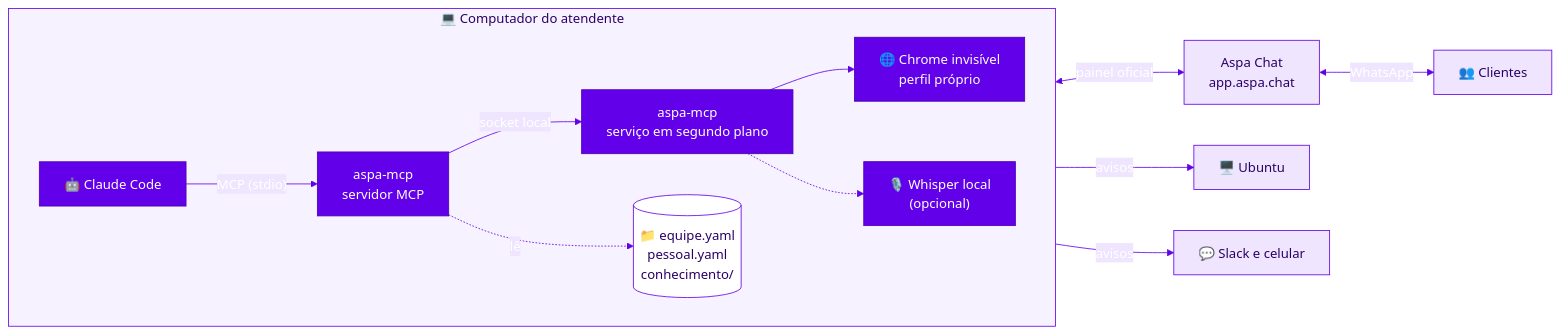
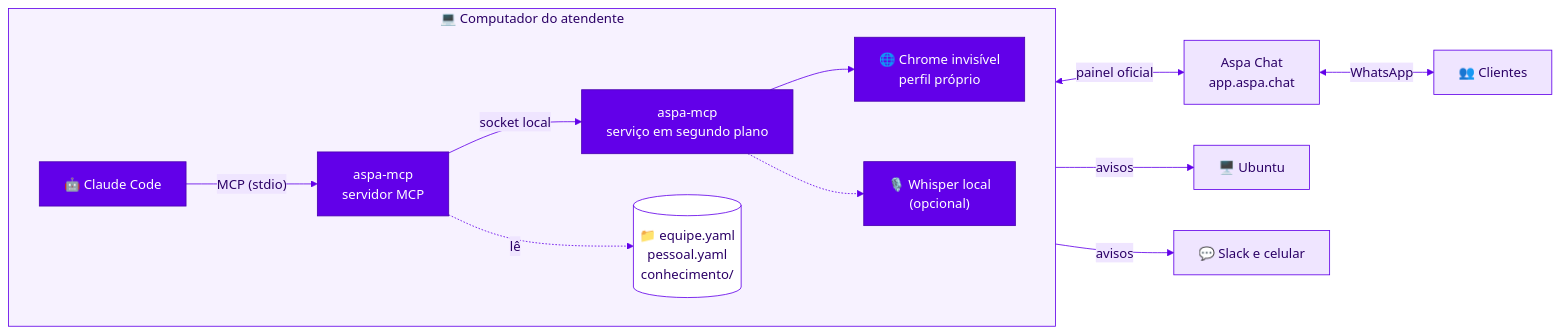
Before and after one commit to kbrianps/aspa-mcp: the first of 2 diagrams in README.md, drawn with Mermaid.

Commit message:
docs: make diagram edge labels readable

````diff
--- a/README.md
+++ b/README.md
@@ -52,21 +52,22 @@
 ```mermaid
 %%{init: {"theme": "base", "themeVariables": {"primaryColor": "#6200E9", "primaryTextColor": "#FFFFFF", "primaryBorderColor": "#4A00B0", "lineColor": "#6200E9", "clusterBkg": "#F7F2FF", "clusterBorder": "#6200E9", "edgeLabelBackground": "#EFE5FF", "textColor": "#2B0066", "titleColor": "#2B0066", "fontFamily": "Inter, Segoe UI, Helvetica, Arial, sans-serif"}}}%%
 flowchart LR
     subgraph PC["💻 Computador do atendente"]
         direction LR
         CC["🤖 Claude Code"] -->|"MCP (stdio)"| MCP["aspa-mcp<br/>servidor MCP"]
         MCP -->|"socket local"| D["aspa-mcp<br/>serviço em segundo plano"]
         MCP -.->|"lê"| CFG[("📁 equipe.yaml<br/>pessoal.yaml<br/>conhecimento/")]
         D --> CH["🌐 Chrome invisível<br/>perfil próprio"]
         D -.-> W["🎙️ Whisper local<br/>(opcional)"]
     end
     CH <-->|"painel oficial"| ASPA["Aspa Chat<br/>app.aspa.chat"]
     ASPA <-->|"WhatsApp"| CLI["👥 Clientes"]
     D -->|"avisos"| UB["🖥️ Ubuntu"]
     D -->|"avisos"| SL["💬 Slack e celular"]
 
+    linkStyle default stroke:#6200E9,color:#2B0066
     classDef ext fill:#EFE5FF,stroke:#6200E9,color:#2B0066
     classDef store fill:#FFFFFF,stroke:#6200E9,color:#2B0066
     class ASPA,CLI,UB,SL ext
     class CFG store
 ```
````
